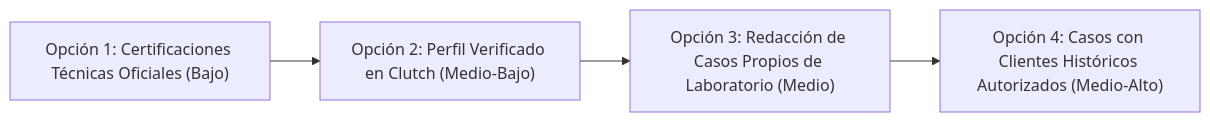
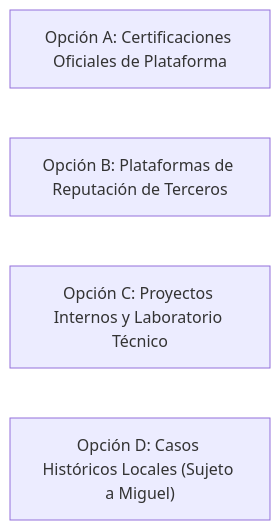
One commit to xbust3r/pharmaco-assets changed the diagram in docs/investigacion/prueba-social.md. Above: the diagram before and after it, drawn with Mermaid. The commit also changed other lines of this file and 51 other files, not shown here.

````diff
--- a/docs/investigacion/prueba-social.md
+++ b/docs/investigacion/prueba-social.md
@@ -168,6 +173,7 @@
 ```mermaid
 flowchart LR
-    A["Opción 1: Certificaciones Técnicas Oficiales (Bajo)"] --> B["Opción 2: Perfil Verificado en Clutch (Medio-Bajo)"]
-    B --> C["Opción 3: Redacción de Casos Propios de Laboratorio (Medio)"]
-    C --> D["Opción 4: Casos con Clientes Históricos Autorizados (Medio-Alto)"]
+    A["Opción A: Certificaciones Oficiales de Plataforma"] 
+    B["Opción B: Plataformas de Reputación de Terceros"]
+    C["Opción C: Proyectos Internos y Laboratorio Técnico"]
+    D["Opción D: Casos Históricos Locales (Sujeto a Miguel)"]
 ```
````
